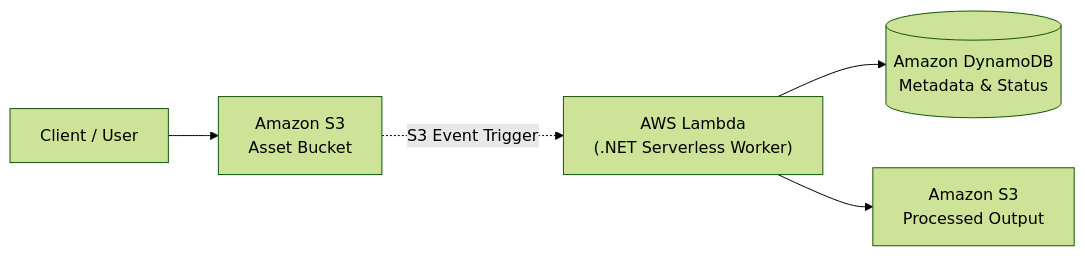
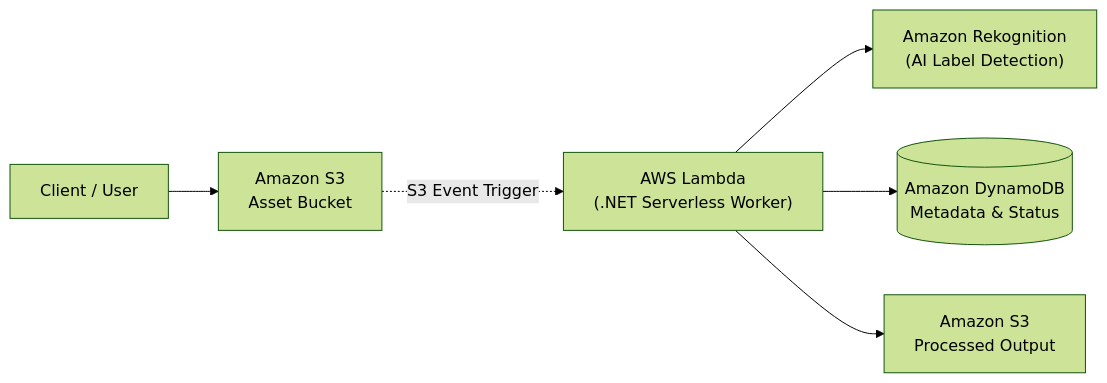
The diagram in README.md (akazad13/cloud-work), drawn with Mermaid (forest theme) before and after one commit. The commit also changed other lines of this file and 4 other files, not shown here.

Commit message:
docs: add architecture decision records and update documentation per documentation-and-adrs skill

````diff
--- a/README.md
+++ b/README.md
@@ -41,7 +43,8 @@
 ```mermaid
 flowchart LR
     Client["Client / User"] --> S3["Amazon S3<br/>Asset Bucket"]
     S3 -.->|S3 Event Trigger| Lambda["AWS Lambda<br/>(.NET Serverless Worker)"]
+    Lambda --> Rekognition["Amazon Rekognition<br/>(AI Label Detection)"]
     Lambda --> DDB[("Amazon DynamoDB<br/>Metadata & Status")]
     Lambda --> OutS3["Amazon S3<br/>Processed Output"]
 ```
````
